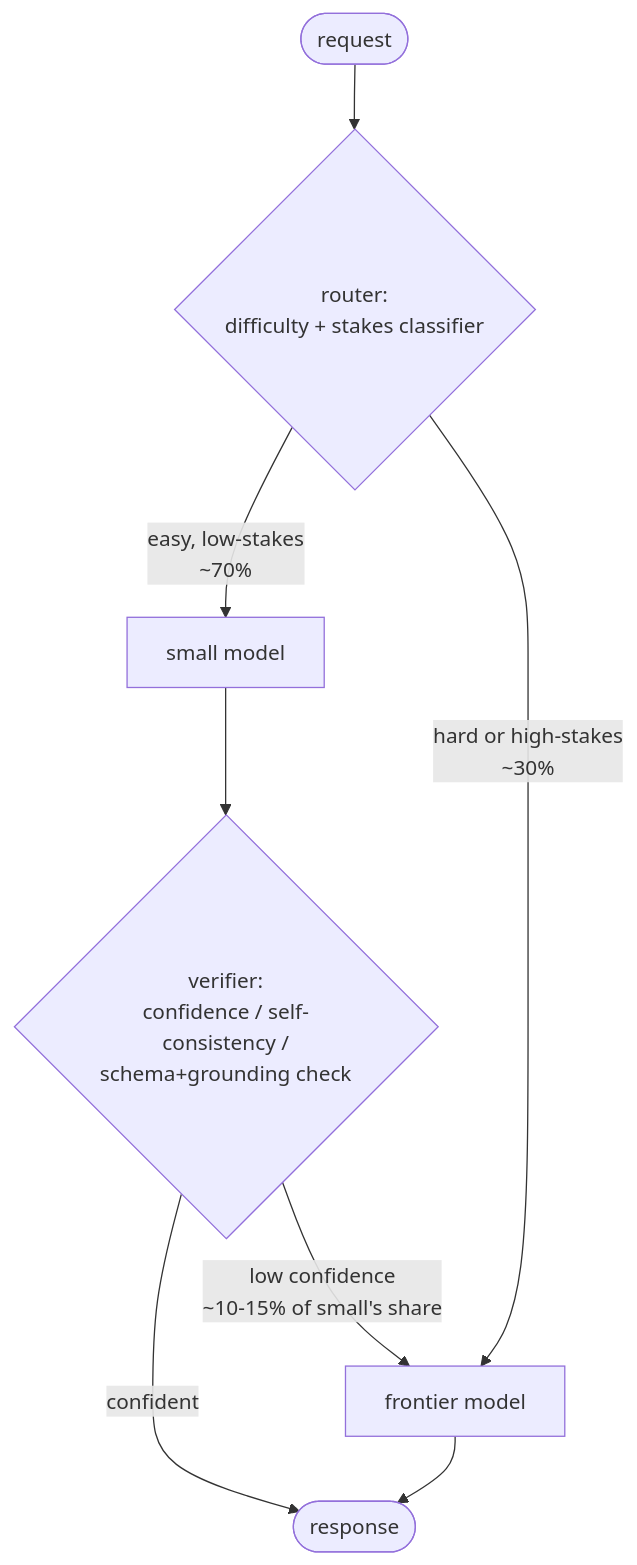
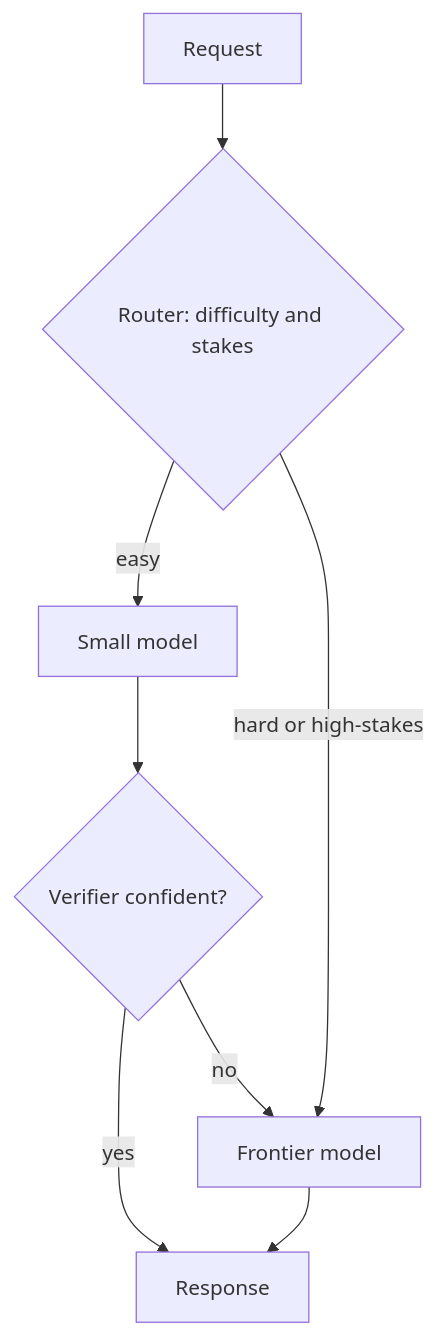
The tenth of 11 diagrams in data/blog/ai-engineers-swiss-knife.mdx (ashimsharma10/ashimsharma10.github.io), drawn with Mermaid before and after one commit. The commit also changed other lines of this file and 3 other files, not shown here.

Commit message:
Simplify Swiss Knife write-up: plain prose, no dashes, readable flowcharts, less code

````diff
--- a/data/blog/ai-engineers-swiss-knife.mdx
+++ b/data/blog/ai-engineers-swiss-knife.mdx
@@ -1150,10 +1005,10 @@
 ```mermaid
 flowchart TD
-    Q([request]) --> RT{router:\ndifficulty + stakes classifier}
-    RT -->|easy, low-stakes\n~70%| SMALL[small model]
-    RT -->|hard or high-stakes\n~30%| BIG[frontier model]
-    SMALL --> V{verifier:\nconfidence / self-consistency /\nschema+grounding check}
-    V -->|confident| OUT([response])
-    V -->|low confidence\n~10-15% of small's share| BIG
+    Q[Request] --> RT{Router: difficulty and stakes}
+    RT -->|easy| SMALL[Small model]
+    RT -->|hard or high-stakes| BIG[Frontier model]
+    SMALL --> V{Verifier confident?}
+    V -->|yes| OUT[Response]
+    V -->|no| BIG
     BIG --> OUT
 ```
````
